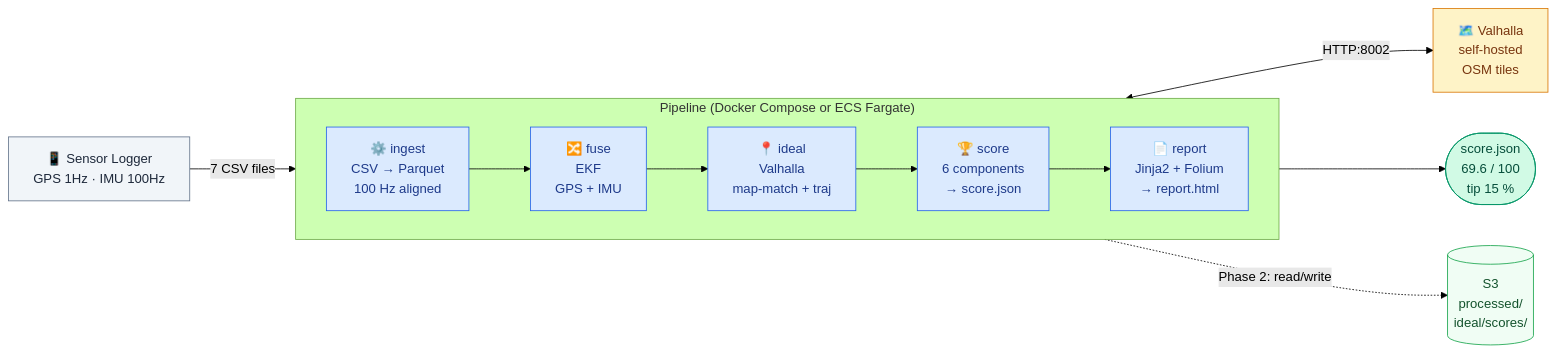
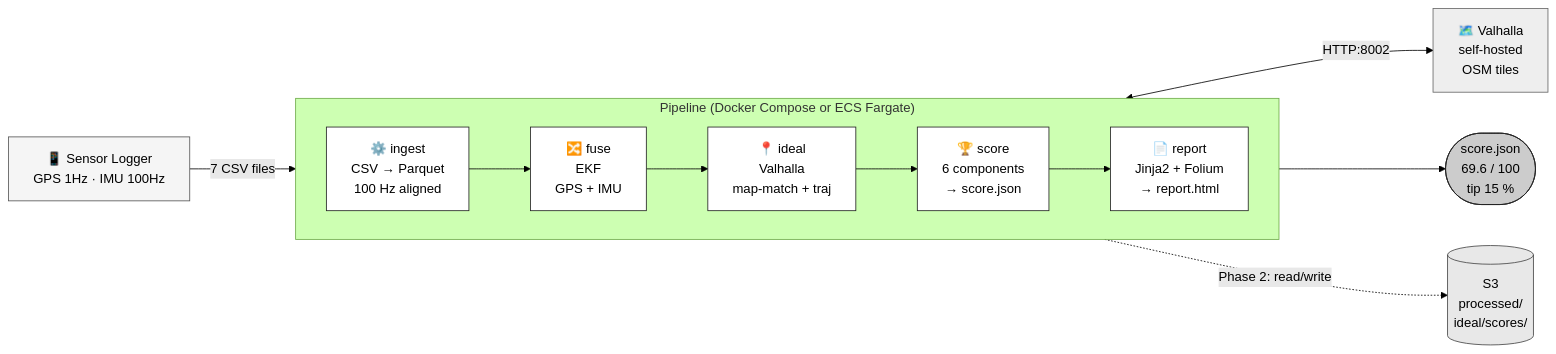
The diagram in README.md (TakumiSomeya-Eng/raleigh-commute-digital-twin), drawn with Mermaid (forest theme) before and after one commit. The commit also changed 1 other file, not shown here.

Commit message:
docs: convert Mermaid diagrams to grayscale in README and SYSTEM_BOUNDARY
Replace all color classDef entries with white/gray palette:
  stage/process: white fill, dark stroke
  store: light gray fill
  actor/input: slightly lighter gray
  excluded: dashed, muted gray
  output: medium gray fill

````diff
--- a/README.md
+++ b/README.md
@@ -22,47 +22,47 @@
 ```mermaid
 flowchart LR
-  classDef input  fill:#F1F5F9,stroke:#64748B,color:#1E293B
-  classDef stage  fill:#DBEAFE,stroke:#2563EB,color:#1E3A8A
-  classDef store  fill:#F0FDF4,stroke:#16A34A,color:#14532D
-  classDef out    fill:#D1FAE5,stroke:#059669,color:#064E3B
-  classDef ext    fill:#FEF3C7,stroke:#D97706,color:#78350F
+  classDef input  fill:#F5F5F5,stroke:#555555,color:#000000
+  classDef stage  fill:#FFFFFF,stroke:#222222,color:#000000
+  classDef store  fill:#E8E8E8,stroke:#444444,color:#000000
+  classDef out    fill:#CCCCCC,stroke:#222222,color:#000000
+  classDef ext    fill:#EEEEEE,stroke:#666666,color:#000000
 
   PHONE["📱 Sensor Logger
   GPS 1Hz · IMU 100Hz"]:::input
 
   subgraph PIPELINE["Pipeline  (Docker Compose  or  ECS Fargate)"]
     direction LR
     IN["⚙️ ingest
     CSV → Parquet
     100 Hz aligned"]:::stage
     FU["🔀 fuse
     EKF
     GPS + IMU"]:::stage
     ID["📍 ideal
     Valhalla
     map-match + traj"]:::stage
     SC["🏆 score
     6 components
     → score.json"]:::stage
     RE["📄 report
     Jinja2 + Folium
     → report.html"]:::stage
     IN --> FU --> ID --> SC --> RE
   end
 
   VAL["🗺️ Valhalla
   self-hosted
   OSM tiles"]:::ext
 
   S3[("S3
   processed/
   ideal/scores/")]:::store
   OUT(["score.json
   69.6 / 100
   tip 15 %"]):::out
 
   PHONE -->|"7 CSV files"| IN
   ID <-->|"HTTP:8002"| VAL
   PIPELINE -.->|"Phase 2: read/write"| S3
   SC --> OUT
 ```
````
